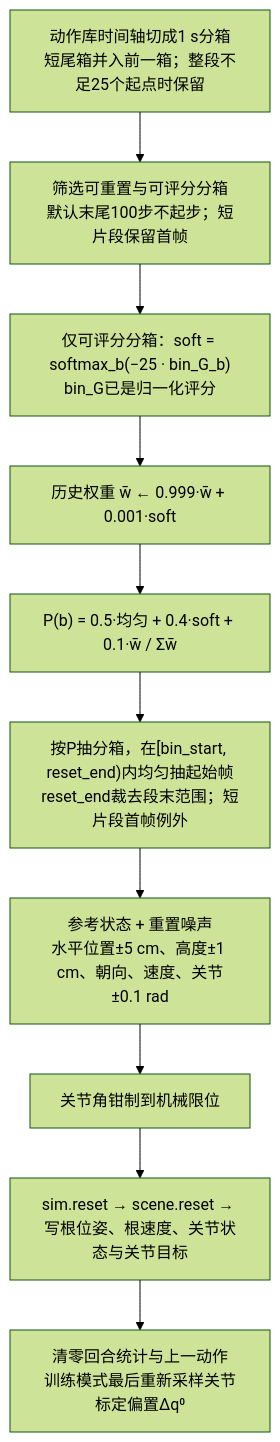
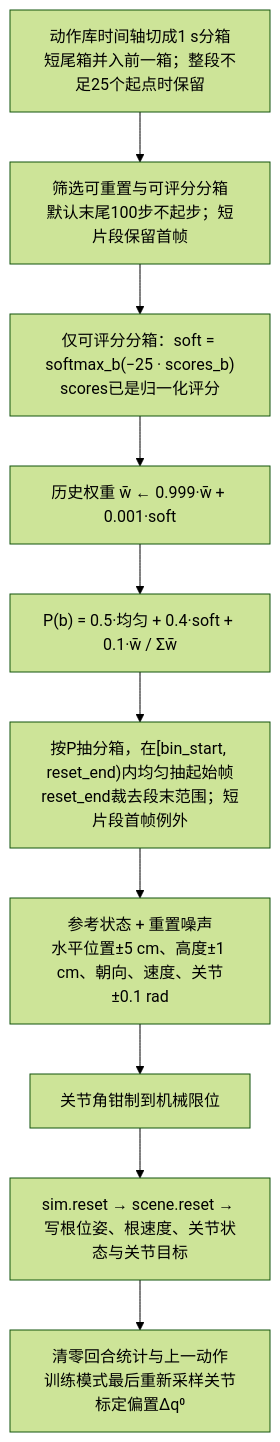
The fifth of 11 diagrams in docs/analysis/training_pipeline.md (RaraAlu/Supermimic), drawn with Mermaid (forest theme) before and after one commit. The commit also changed other lines of this file and 12 other files, not shown here.

````diff
--- a/docs/analysis/training_pipeline.md
+++ b/docs/analysis/training_pipeline.md
@@ -402,12 +402,12 @@
 ```mermaid
 flowchart TD
     BINS["动作库时间轴切成1 s分箱<br/>短尾箱并入前一箱；整段不足25个起点时保留"] --> ALLOW["筛选可重置与可评分分箱<br/>默认末尾100步不起步；短片段保留首帧"]
-    ALLOW --> SOFT["仅可评分分箱：soft = softmax_b(−25 · bin_G_b)<br/>bin_G已是归一化评分"]
+    ALLOW --> SOFT["仅可评分分箱：soft = softmax_b(−25 · scores_b)<br/>scores已是归一化评分"]
     SOFT --> AVG["历史权重 w̄ ← 0.999·w̄ + 0.001·soft"]
     AVG --> MIX["P(b) = 0.5·均匀 + 0.4·soft + 0.1·w̄ / Σw̄"]
     MIX --> PICK["按P抽分箱，在[bin_start, reset_end)内均匀抽起始帧<br/>reset_end裁去段末范围；短片段首帧例外"]
     PICK --> STATE["参考状态 + 重置噪声<br/>水平位置±5 cm、高度±1 cm、朝向、速度、关节±0.1 rad"]
     STATE --> CLAMP["关节角钳制到机械限位"]
     CLAMP --> WRITE["sim.reset → scene.reset → 写根位姿、根速度、关节状态与关节目标"]
     WRITE --> DR["清零回合统计与上一动作<br/>训练模式最后重新采样关节标定偏置Δq⁰"]
 ```
````
